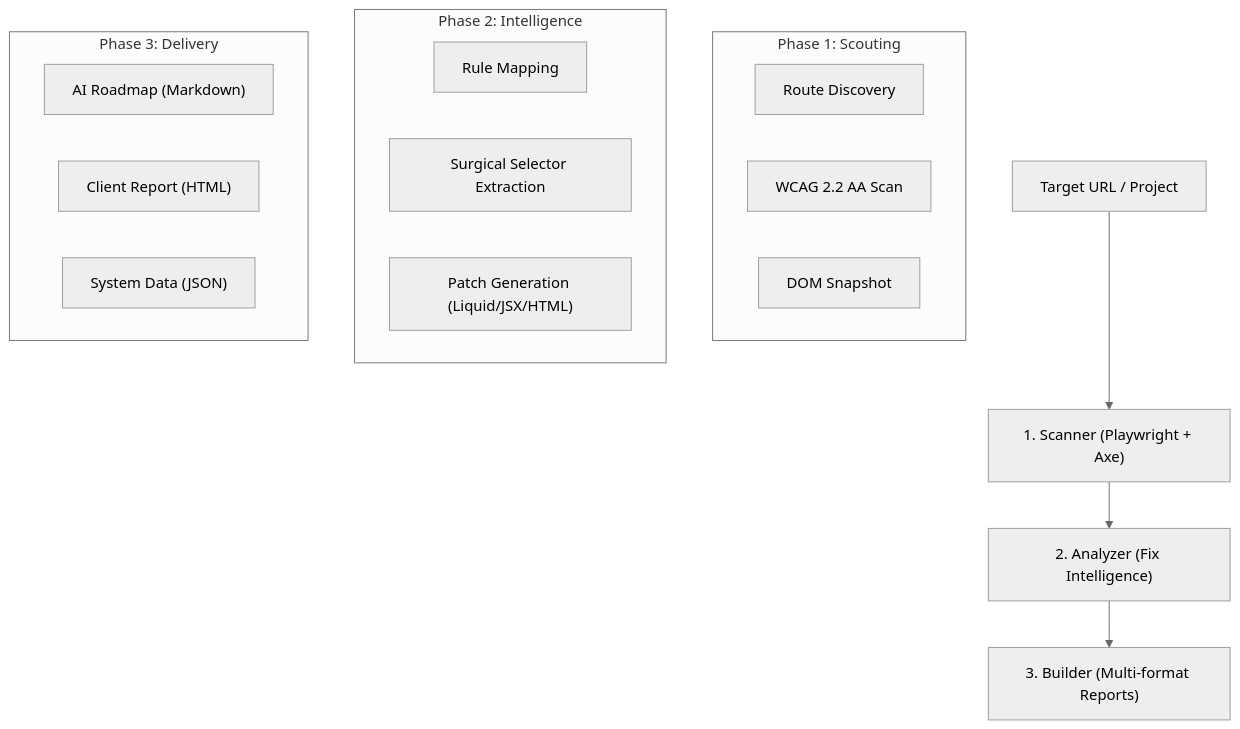
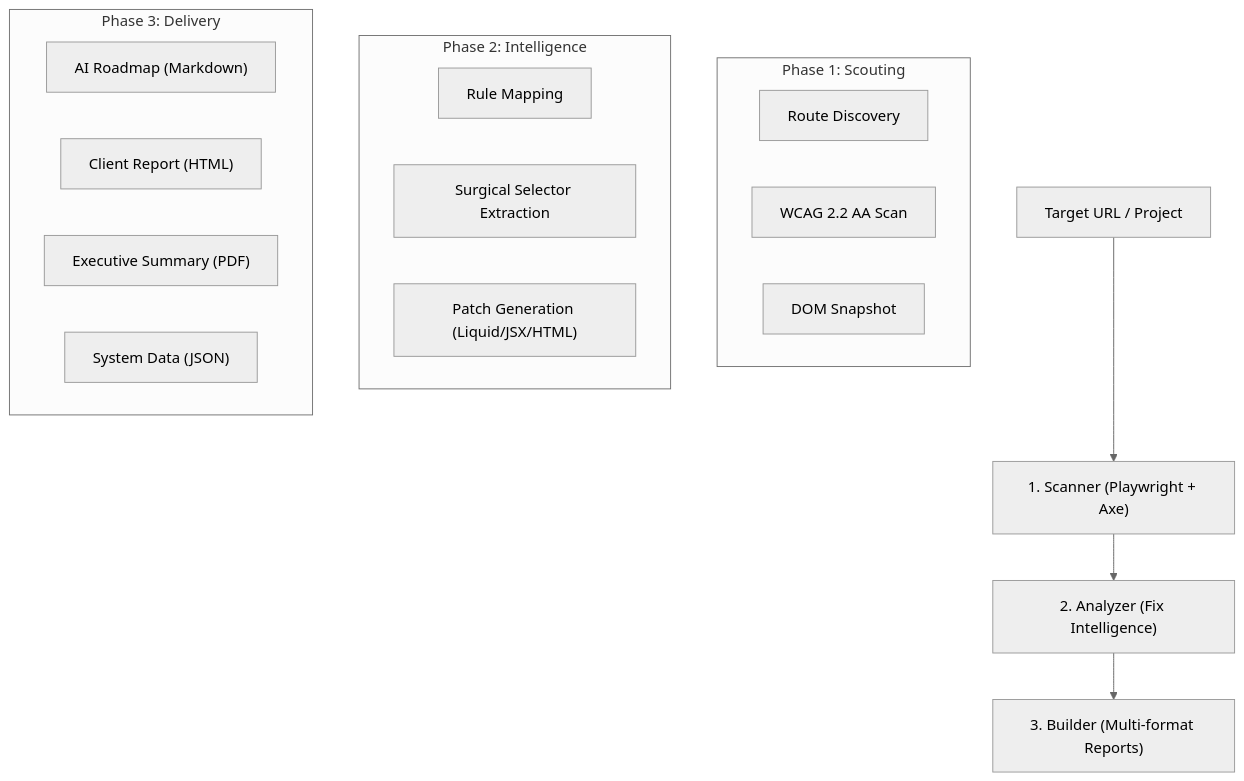
One commit to diegovelasquezweb/a11y-skill changed the first of 2 diagrams in docs/architecture.md. Above: the diagram before and after it, drawn with Mermaid (neutral theme). The commit also changed other lines of this file and 2 other files, not shown here.

Commit message:
feat: add PDF report generation, WCAG criterion mapping, and a new manual checks system.

````diff
--- a/docs/architecture.md
+++ b/docs/architecture.md
@@ -7,24 +7,25 @@
 ```mermaid
 graph TD
     A["Target URL / Project"] --> B["1. Scanner (Playwright + Axe)"]
     B --> C["2. Analyzer (Fix Intelligence)"]
     C --> D["3. Builder (Multi-format Reports)"]
 
     subgraph "Phase 1: Scouting"
         B1["Route Discovery"]
         B2["WCAG 2.2 AA Scan"]
         B3["DOM Snapshot"]
     end
 
     subgraph "Phase 2: Intelligence"
         C1["Rule Mapping"]
         C2["Surgical Selector Extraction"]
         C3["Patch Generation (Liquid/JSX/HTML)"]
     end
 
     subgraph "Phase 3: Delivery"
         D1["AI Roadmap (Markdown)"]
         D2["Client Report (HTML)"]
-        D3["System Data (JSON)"]
+        D3["Executive Summary (PDF)"]
+        D4["System Data (JSON)"]
     end
 ```
````
